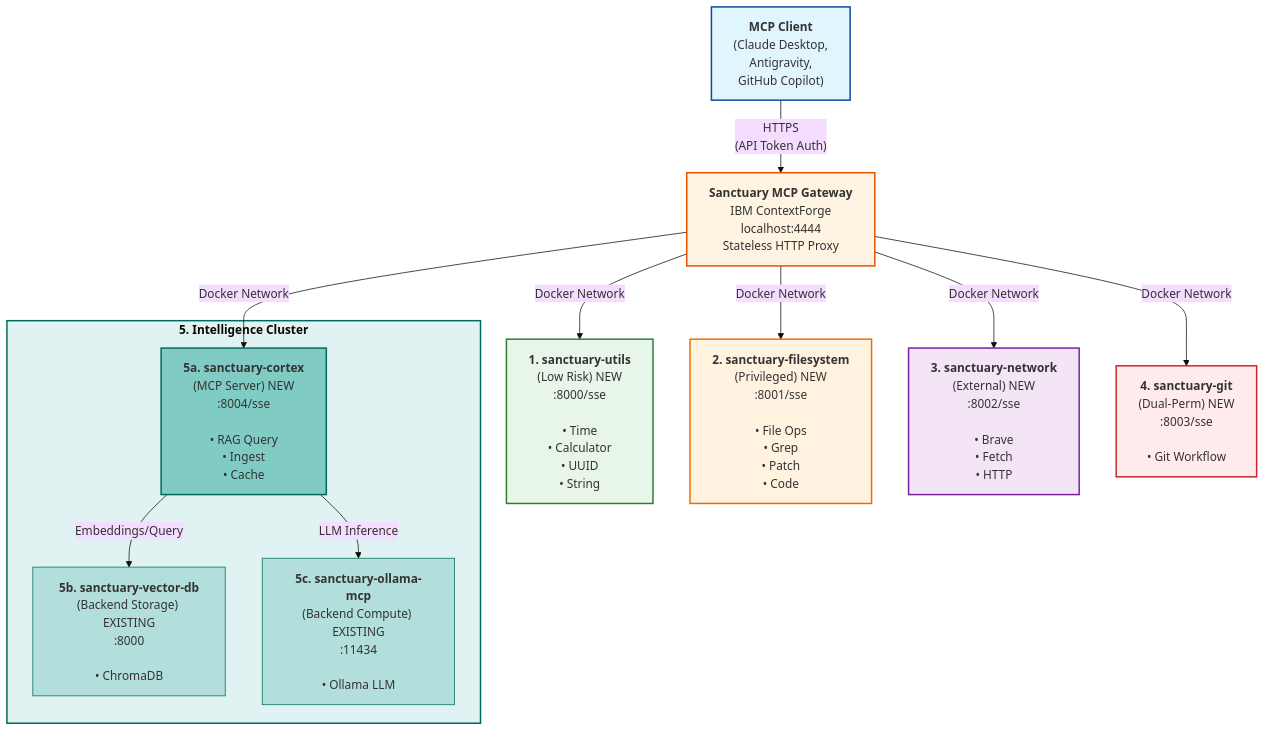
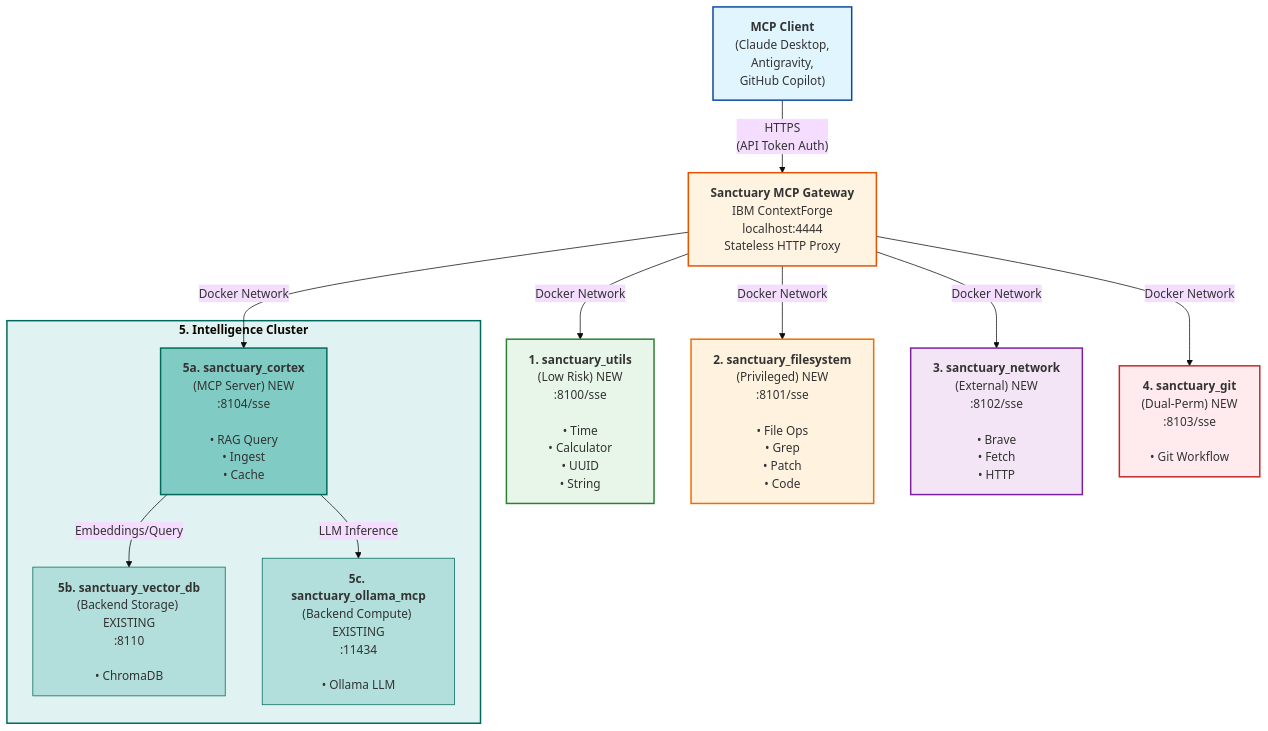
The diagram in ADRs/060_gateway_integration_patterns.md (richfrem/Project_Sanctuary), drawn with Mermaid before and after one commit. The commit also changed other lines of this file and 274 other files, not shown here.

First line of the commit message:
feat(gateway): Full IBM MCP Gateway integration and SSE Bridge (#114)

````diff
--- a/ADRs/060_gateway_integration_patterns.md
+++ b/ADRs/060_gateway_integration_patterns.md
@@ -311,35 +311,35 @@
 ```mermaid
 ---
 config:
   theme: base
   layout: dagre
 ---
 flowchart TB
     Client["<b>MCP Client</b><br>(Claude Desktop,<br>Antigravity,<br>GitHub Copilot)"] -- HTTPS<br>(API Token Auth) --> Gateway["<b>Sanctuary MCP Gateway</b><br>IBM ContextForge<br>localhost:4444<br>Stateless HTTP Proxy"]
     
-    Gateway -- Docker Network --> Utils["<b>1. sanctuary-utils</b><br>(Low Risk) NEW<br>:8000/sse<br><br>• Time<br>• Calculator<br>• UUID<br>• String"]
-    Gateway -- Docker Network --> Filesystem["<b>2. sanctuary-filesystem</b><br>(Privileged) NEW<br>:8001/sse<br><br>• File Ops<br>• Grep<br>• Patch<br>• Code"]
-    Gateway -- Docker Network --> Network["<b>3. sanctuary-network</b><br>(External) NEW<br>:8002/sse<br><br>• Brave<br>• Fetch<br>• HTTP"]
-    Gateway -- Docker Network --> Git["<b>4. sanctuary-git</b><br>(Dual-Perm) NEW<br>:8003/sse<br><br>• Git Workflow"]
+    Gateway -- Docker Network --> Utils["<b>1. sanctuary_utils</b><br>(Low Risk) NEW<br>:8100/sse<br><br>• Time<br>• Calculator<br>• UUID<br>• String"]
+    Gateway -- Docker Network --> Filesystem["<b>2. sanctuary_filesystem</b><br>(Privileged) NEW<br>:8101/sse<br><br>• File Ops<br>• Grep<br>• Patch<br>• Code"]
+    Gateway -- Docker Network --> Network["<b>3. sanctuary_network</b><br>(External) NEW<br>:8102/sse<br><br>• Brave<br>• Fetch<br>• HTTP"]
+    Gateway -- Docker Network --> Git["<b>4. sanctuary_git</b><br>(Dual-Perm) NEW<br>:8103/sse<br><br>• Git Workflow"]
     Gateway -- Docker Network --> Cortex
     
     subgraph Intelligence["<b>5. Intelligence Cluster</b>"]
-        Cortex["<b>5a. sanctuary-cortex</b><br>(MCP Server) NEW<br>:8004/sse<br><br>• RAG Query<br>• Ingest<br>• Cache"]
-        VectorDB["<b>5b. sanctuary-vector-db</b><br>(Backend Storage) EXISTING<br>:8000<br><br>• ChromaDB"]
-        Ollama["<b>5c. sanctuary-ollama-mcp</b><br>(Backend Compute) EXISTING<br>:11434<br><br>• Ollama LLM"]
+        Cortex["<b>5a. sanctuary_cortex</b><br>(MCP Server) NEW<br>:8104/sse<br><br>• RAG Query<br>• Ingest<br>• Cache"]
+        VectorDB["<b>5b. sanctuary_vector_db</b><br>(Backend Storage) EXISTING<br>:8110<br><br>• ChromaDB"]
+        Ollama["<b>5c. sanctuary_ollama_mcp</b><br>(Backend Compute) EXISTING<br>:11434<br><br>• Ollama LLM"]
         
         Cortex -- "Embeddings/Query" --> VectorDB
         Cortex -- "LLM Inference" --> Ollama
     end
 
     style Client fill:#e1f5ff,stroke:#0d47a1,stroke-width:2px
     style Gateway fill:#fff4e1,stroke:#e65100,stroke-width:2px
     style Utils fill:#e8f5e9,stroke:#2e7d32,stroke-width:2px
     style Filesystem fill:#fff3e0,stroke:#ef6c00,stroke-width:2px
     style Network fill:#f3e5f5,stroke:#7b1fa2,stroke-width:2px
     style Git fill:#ffebee,stroke:#c62828,stroke-width:2px
     style Intelligence fill:#e0f2f1,stroke:#00695c,stroke-width:2px
     style Cortex fill:#80cbc4,stroke:#00695c,stroke-width:2px
     style VectorDB fill:#b2dfdb,stroke:#00695c,stroke-width:1px
     style Ollama fill:#b2dfdb,stroke:#00695c,stroke-width:1px
 ```
````
